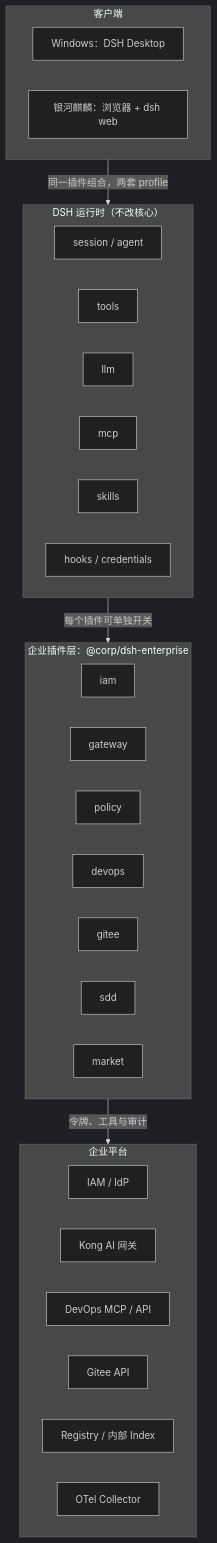
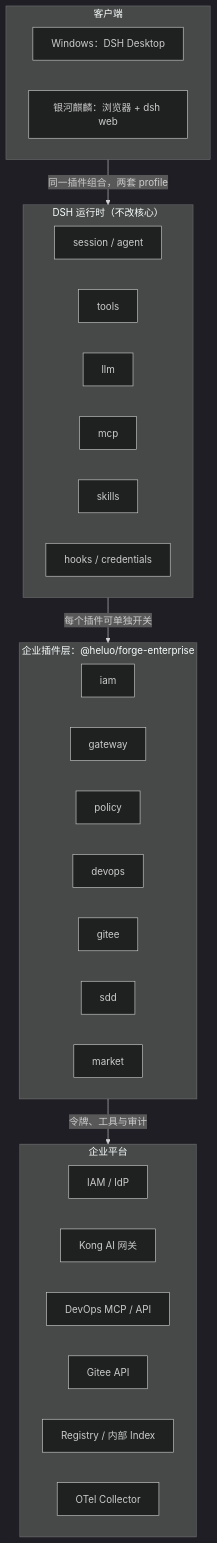
The second of 3 diagrams in docs/architecture/platform-architecture.md (hrygo/heluo-forge), drawn with Mermaid (dark theme) before and after one commit. The commit also changed other lines of this file and 28 other files, not shown here.

Commit message:
chore: 统一 Heluo Forge 命名并更新认证图解

````diff
--- a/docs/architecture/platform-architecture.md
+++ b/docs/architecture/platform-architecture.md
@@ -150,39 +151,39 @@
 ```mermaid
 flowchart TB
   subgraph C["客户端"]
     direction LR
     W["Windows：DSH Desktop"]
     K["银河麒麟：浏览器 + dsh web"]
   end
   subgraph R["DSH 运行时（不改核心）"]
     direction LR
     A["session / agent"]
     T["tools"]
     L["llm"]
     M["mcp"]
     S["skills"]
     H["hooks / credentials"]
   end
-  subgraph P["企业插件层：@corp/dsh-enterprise"]
+  subgraph P["企业插件层：@heluo/forge-enterprise"]
     direction LR
     IAM["iam"]
     GW["gateway"]
     POL["policy"]
     DEV["devops"]
     GIT["gitee"]
     SDD["sdd"]
     MKT["market"]
   end
   subgraph PL["企业平台"]
     direction LR
     IDP["IAM / IdP"]
     KONG["Kong AI 网关"]
     DAPI["DevOps MCP / API"]
     GAPI["Gitee API"]
     REG["Registry / 内部 Index"]
     OT["OTel Collector"]
   end
   C -->|"同一插件组合，两套 profile"| R
   R -->|"每个插件可单独开关"| P
   P -->|"令牌、工具与审计"| PL
 ```
````
